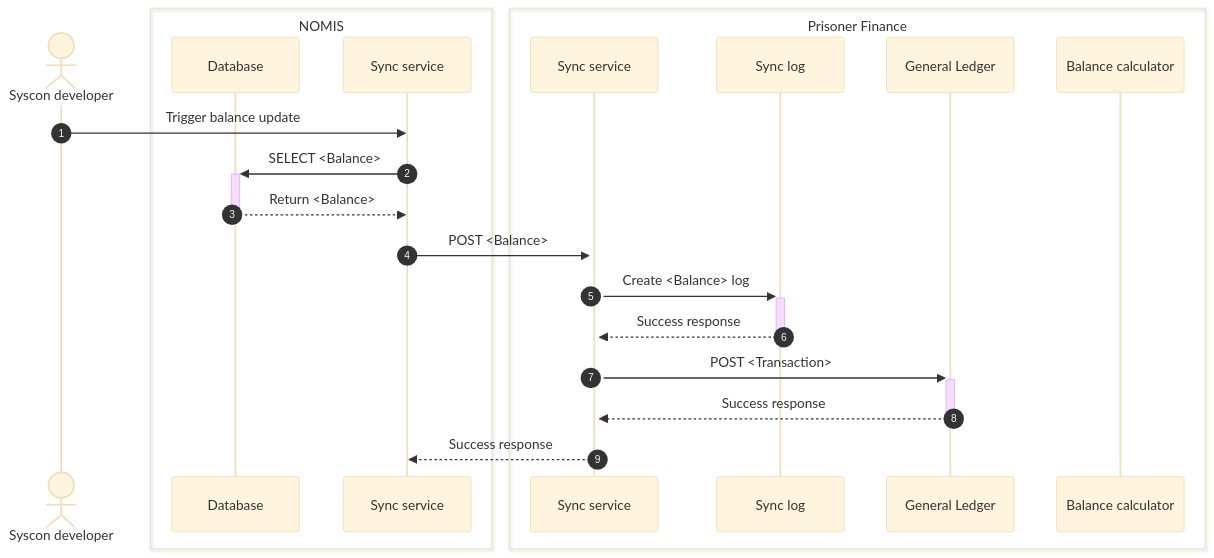
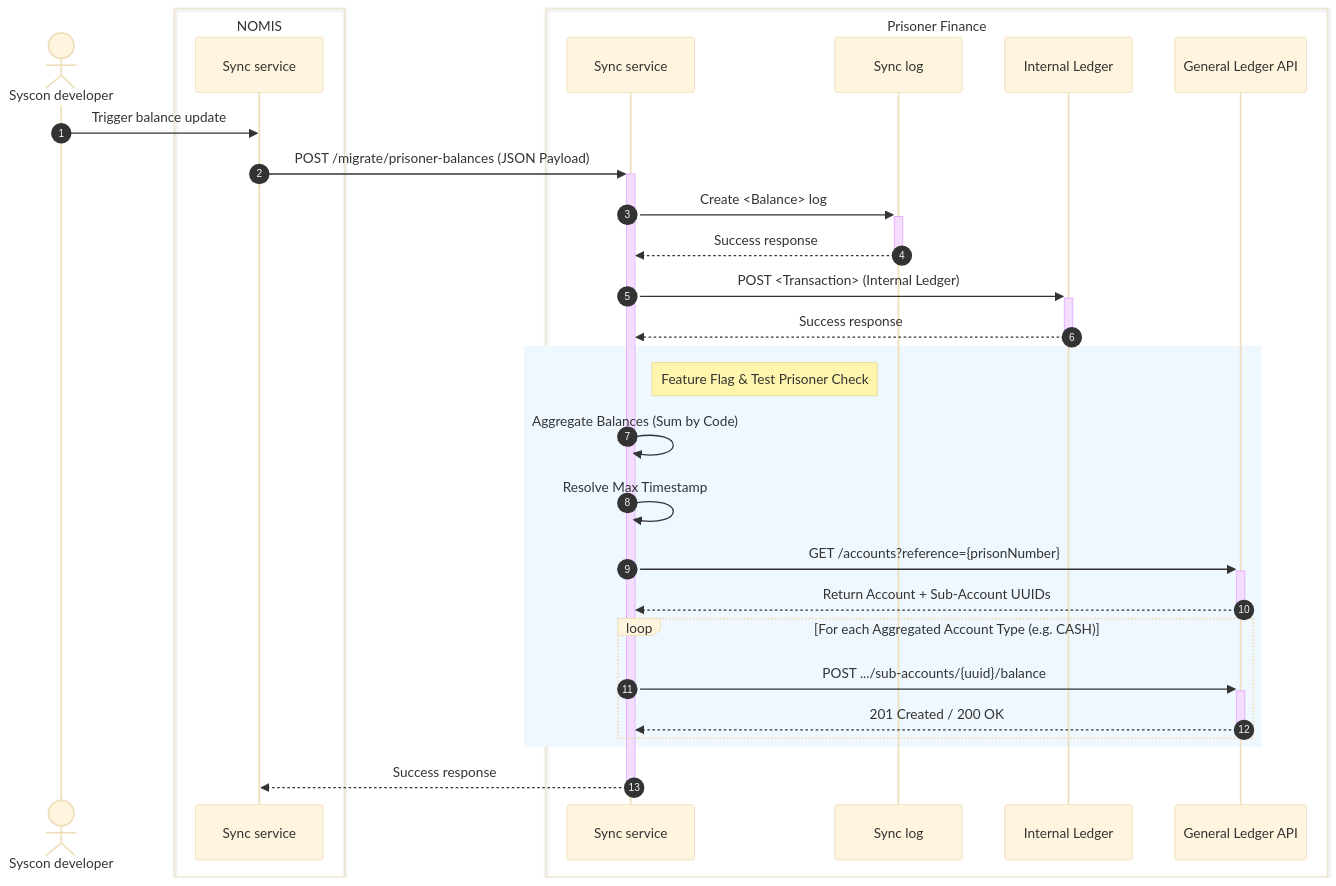
The first of 6 diagrams in docs/architecture/docs/sync-processes.md (ministryofjustice/hmpps-prisoner-finance-sync-api), drawn with Mermaid (base theme) before and after one commit. The commit also changed other lines of this file, not shown here.

First line of the commit message:
Balance reconciliation sequence diagram (#95)

````diff
--- a/docs/architecture/docs/sync-processes.md
+++ b/docs/architecture/docs/sync-processes.md
@@ -13,26 +13,42 @@
 ```mermaid
 sequenceDiagram
     actor SYSCON as Syscon developer
     box NOMIS
-        participant NOMIS.DB as Database
         participant NOMIS.sync as Sync service
     end
     box Prisoner Finance
         participant PF.sync as Sync service
         participant PF.log as Sync log
-        participant PF.ledger as General Ledger
-        participant PF.calculator as Balance calculator
+        participant PF.ledger as Internal Ledger
+        participant PF.newGL as General Ledger API
     end
 
     autonumber
 
     SYSCON ->> NOMIS.sync: Trigger balance update
-    NOMIS.sync ->>+ NOMIS.DB: SELECT <Balance>
-    NOMIS.DB -->>- NOMIS.sync: Return <Balance>
-    NOMIS.sync ->>+ PF.sync: POST <Balance>
+    NOMIS.sync ->>+ PF.sync: POST /migrate/prisoner-balances (JSON Payload)
+
+%% LEGACY FLOW
     PF.sync ->>+ PF.log: Create <Balance> log
     PF.log -->>- PF.sync: Success response
-    PF.sync ->>+ PF.ledger: POST <Transaction>
+    PF.sync ->>+ PF.ledger: POST <Transaction> (Internal Ledger)
     PF.ledger -->>- PF.sync: Success response
-    PF.sync -->> NOMIS.sync: Success response
+
+%% NEW GL MIGRATION FLOW
+    rect rgb(240, 248, 255)
+        note right of PF.sync: Feature Flag & Test Prisoner Check
+
+        PF.sync ->> PF.sync: Aggregate Balances (Sum by Code)
+        PF.sync ->> PF.sync: Resolve Max Timestamp
+
+        PF.sync ->>+ PF.newGL: GET /accounts?reference={prisonNumber}
+        PF.newGL -->>- PF.sync: Return Account + Sub-Account UUIDs
+
+        loop For each Aggregated Account Type (e.g. CASH)
+            PF.sync ->>+ PF.newGL: POST .../sub-accounts/{uuid}/balance
+            PF.newGL -->>- PF.sync: 201 Created / 200 OK
+        end
+    end
+
+    PF.sync -->>- NOMIS.sync: Success response
 ```
````
